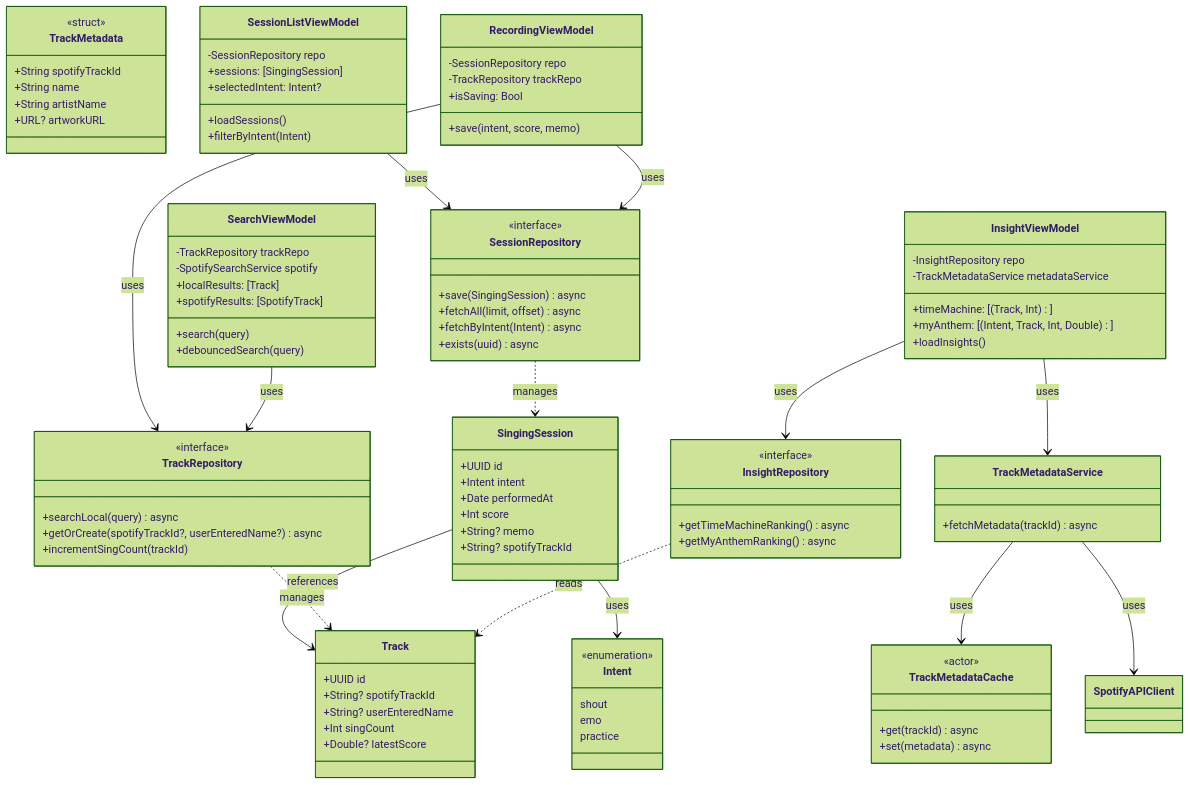
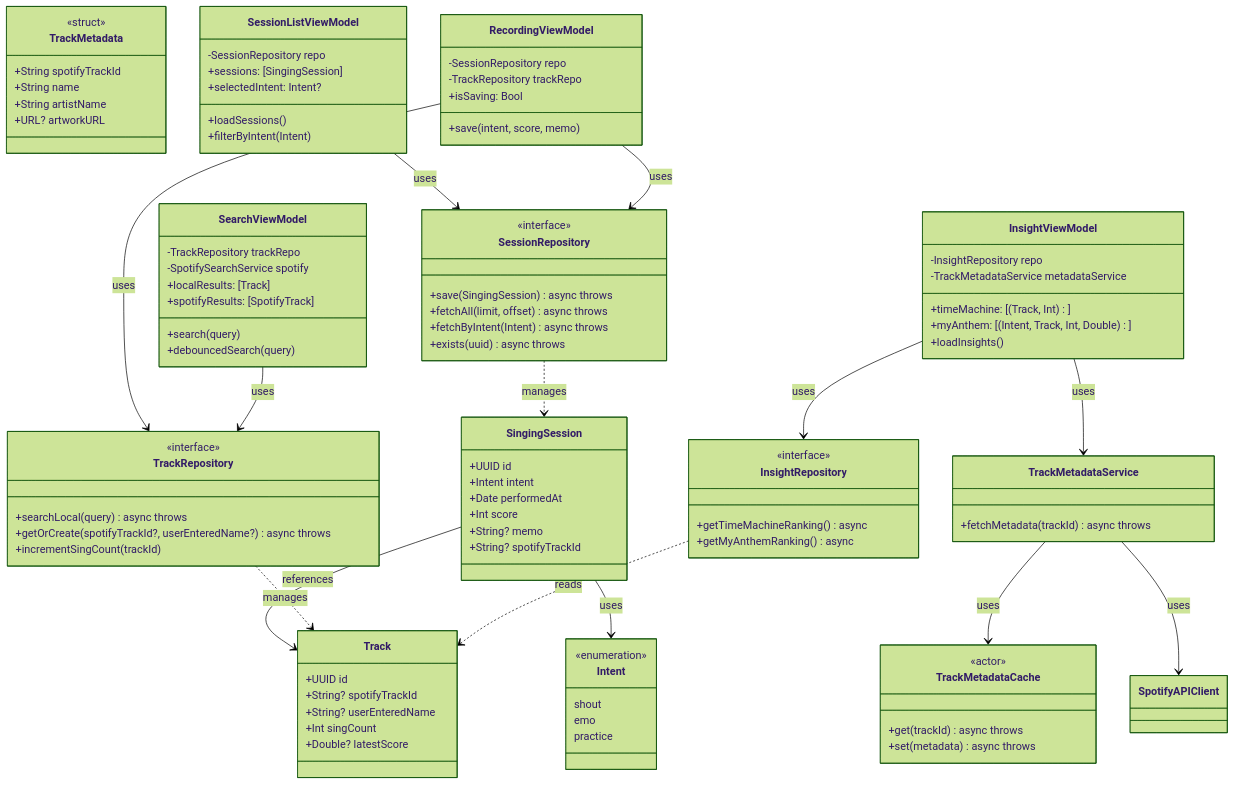
One commit to omomi-moti/Karaoke_support changed the fifth of 7 diagrams in docs/detailed_design.md. Above: the diagram before and after it, drawn with Mermaid (forest theme).

Commit message:
Potential fix for pull request finding

```diff
--- a/docs/detailed_design.md
+++ b/docs/detailed_design.md
@@ -167,27 +167,27 @@
 
     class SessionRepository {
         <<interface>>
-        +save(SingingSession) async
-        +fetchAll(limit, offset) async
-        +fetchByIntent(Intent) async
-        +exists(uuid) async
+        +save(SingingSession) async throws
+        +fetchAll(limit, offset) async throws
+        +fetchByIntent(Intent) async throws
+        +exists(uuid) async throws
     }
 
     class TrackRepository {
         <<interface>>
-        +searchLocal(query) async
-        +getOrCreate(spotifyTrackId?, userEnteredName?) async
+        +searchLocal(query) async throws
+        +getOrCreate(spotifyTrackId?, userEnteredName?) async throws
         +incrementSingCount(trackId)
     }
 
     class TrackMetadataService {
-        +fetchMetadata(trackId) async
+        +fetchMetadata(trackId) async throws
     }
 
     class TrackMetadataCache {
         <<actor>>
-        +get(trackId) async
-        +set(metadata) async
+        +get(trackId) async throws
+        +set(metadata) async throws
     }
 
     class InsightRepository {
```
